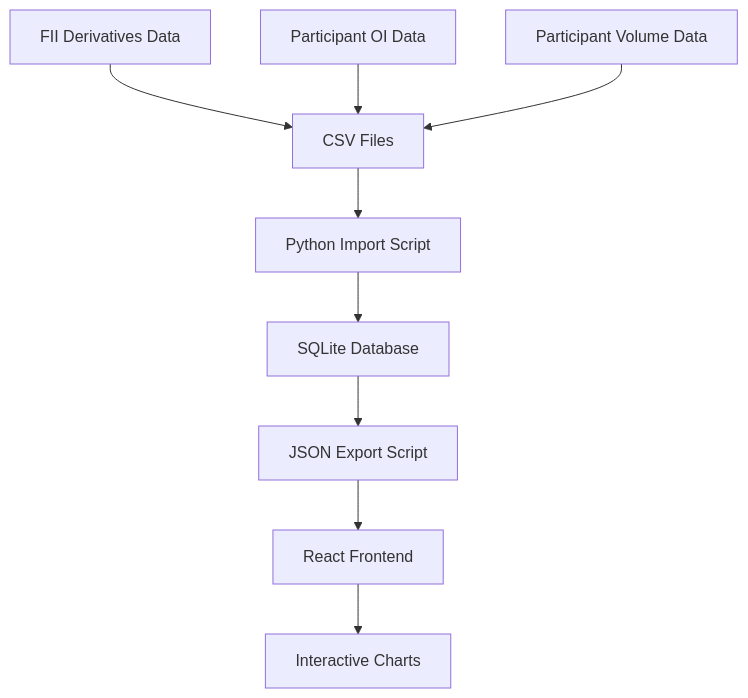
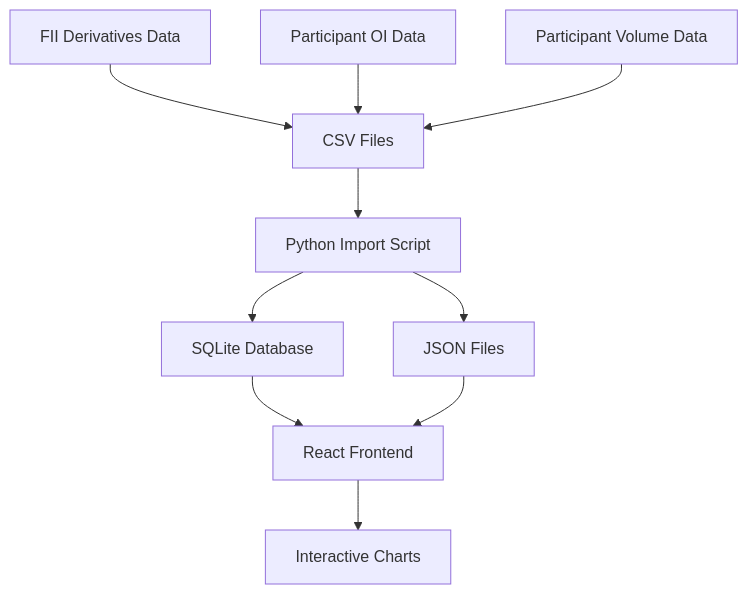
Before and after one commit to ryuzaki-ved/NSE-EOD-Data-Analyzer: the diagram in README.md, drawn with Mermaid. The commit also changed other lines of this file and 10 other files, not shown here.

````diff
--- a/README.md
+++ b/README.md
@@ -54,12 +51,13 @@
 ```mermaid
 graph TD
     A[CSV Files] --> B[Python Import Script]
     B --> C[SQLite Database]
-    C --> D[JSON Export Script]
-    D --> E[React Frontend]
+    B --> D[JSON Files]
+    C --> E[React Frontend]
+    D --> E
     E --> F[Interactive Charts]
     
     G[FII Derivatives Data] --> A
     H[Participant OI Data] --> A
     I[Participant Volume Data] --> A
 ```
````
